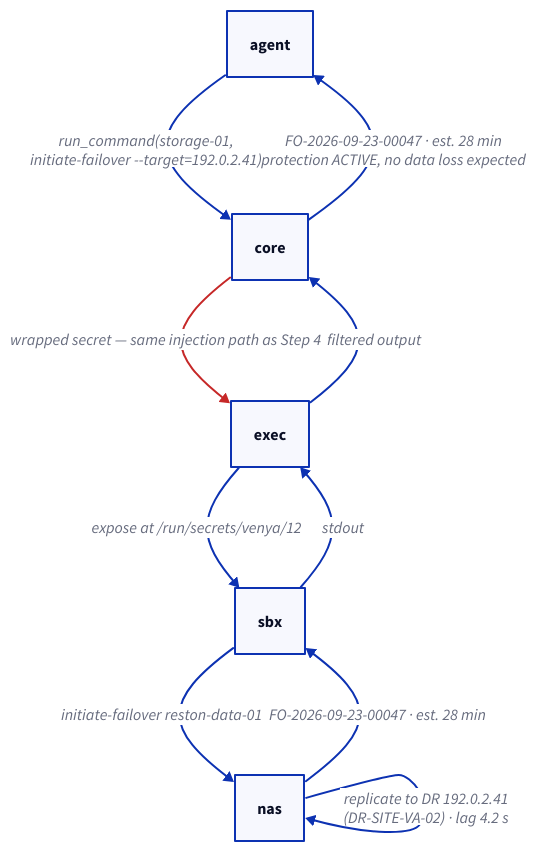
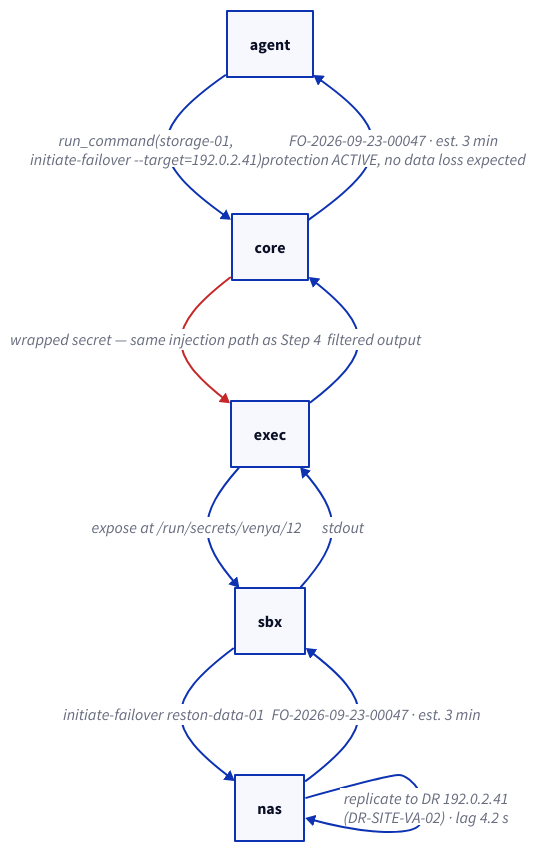
Before and after one commit to tabith-llc/venya: the diagram in docs/diagrams/steps/s5.d2, drawn with D2. The commit also changed 14 other files, not shown here.

```diff
--- a/docs/diagrams/steps/s5.d2
+++ b/docs/diagrams/steps/s5.d2
@@ -1,11 +1,11 @@
 agent -> core: "run_command(storage-01,\ninitiate-failover --target=192.0.2.41)"
 core -> exec: "wrapped secret — same injection path as Step 4" {
   style.stroke: "#c62828"
 }
 exec -> sbx: "expose at /run/secrets/venya/12"
 sbx -> nas: "initiate-failover reston-data-01"
 nas -> nas: "replicate to DR 192.0.2.41\n(DR-SITE-VA-02) · lag 4.2 s"
-nas -> sbx: "FO-2026-09-23-00047 · est. 28 min"
+nas -> sbx: "FO-2026-09-23-00047 · est. 3 min"
 sbx -> exec: "stdout"
 exec -> core: "filtered output"
-core -> agent: "FO-2026-09-23-00047 · est. 28 min\nprotection ACTIVE, no data loss expected"
+core -> agent: "FO-2026-09-23-00047 · est. 3 min\nprotection ACTIVE, no data loss expected"
```
